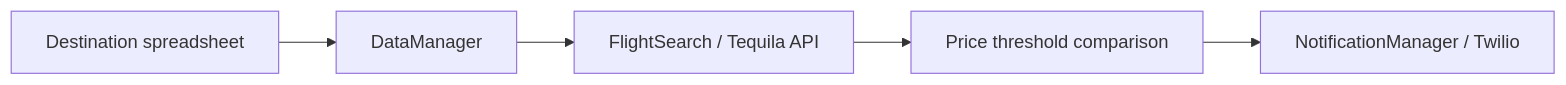
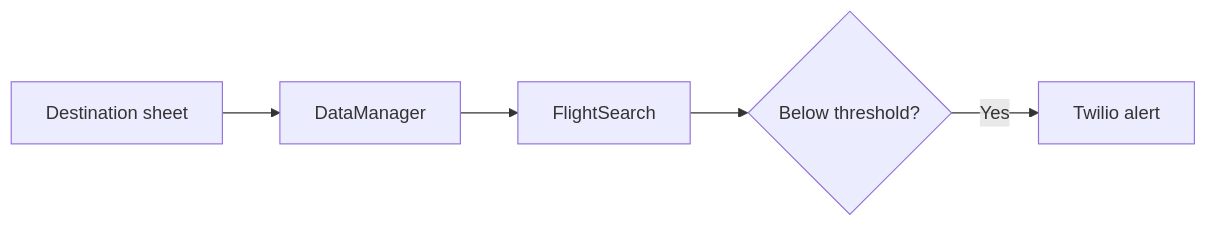
Before and after one commit to aneeshreddy2304/Skyscout: the diagram in README.md, drawn with Mermaid. The commit also changed other lines of this file and 4 other files, not shown here.

````diff
--- a/README.md
+++ b/README.md
@@ -11,7 +24,7 @@
 ```mermaid
 flowchart LR
-    S[Destination spreadsheet] --> D[DataManager]
-    D --> F[FlightSearch / Tequila API]
-    F --> C[Price threshold comparison]
-    C --> N[NotificationManager / Twilio]
+  A[Destination sheet] --> B[DataManager]
+  B --> C[FlightSearch]
+  C --> D{Below threshold?}
+  D -->|Yes| E[Twilio alert]
 ```
````
